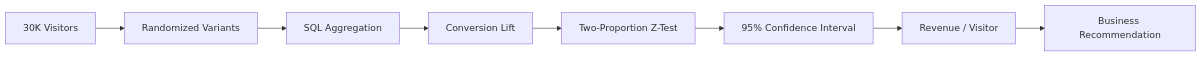
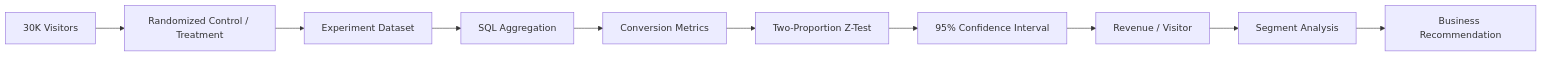
The diagram in README.md (sahzad22/ab-test-product-pricing-analysis), drawn with Mermaid before and after one commit. The commit also changed other lines of this file, not shown here.

Commit message:
Expand README with complete skills, statistics, experiment design and project documentation

````diff
--- a/README.md
+++ b/README.md
@@ -26,10 +96,12 @@
 ```mermaid
 graph LR
-    A[30K Visitors] --> B[Randomized Variants]
-    B --> C[SQL Aggregation]
-    C --> D[Conversion Lift]
-    D --> E[Two-Proportion Z-Test]
-    E --> F[95% Confidence Interval]
-    F --> G[Revenue / Visitor]
-    G --> H[Business Recommendation]
+    A[30K Visitors] --> B[Randomized Control / Treatment]
+    B --> C[Experiment Dataset]
+    C --> D[SQL Aggregation]
+    D --> E[Conversion Metrics]
+    E --> F[Two-Proportion Z-Test]
+    F --> G[95% Confidence Interval]
+    G --> H[Revenue / Visitor]
+    H --> I[Segment Analysis]
+    I --> J[Business Recommendation]
 ```
````
